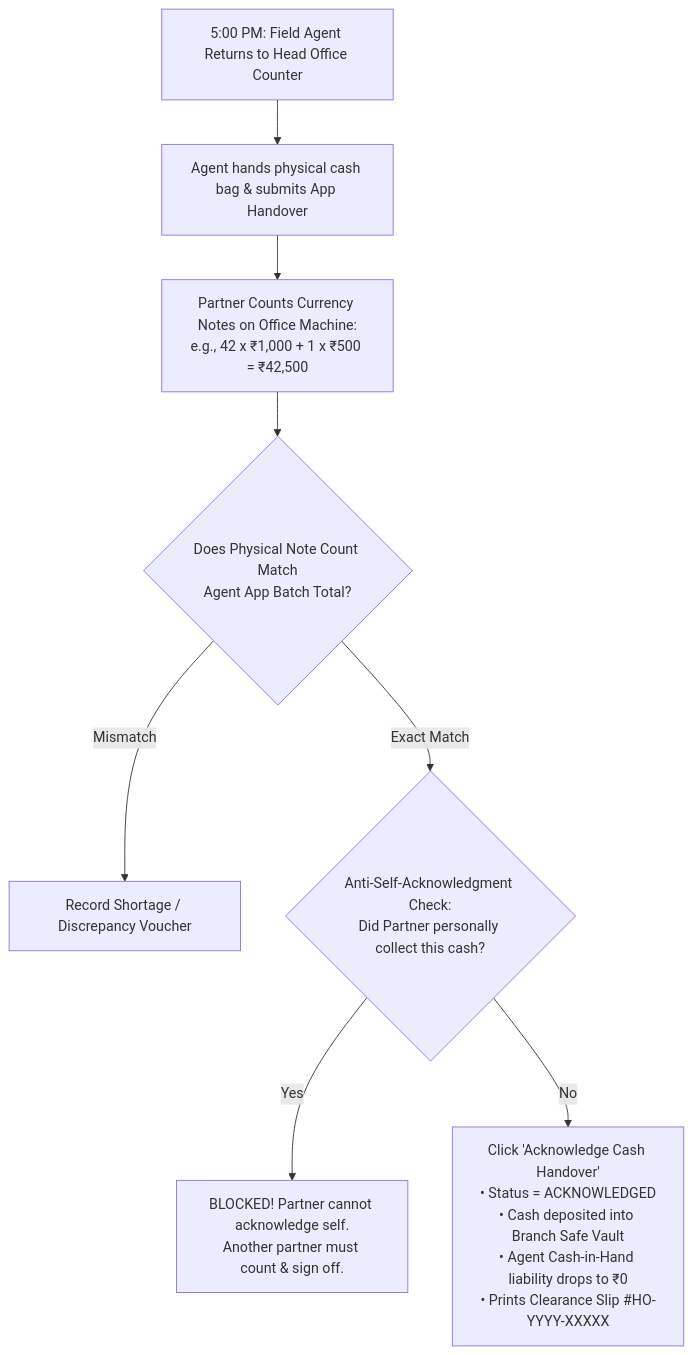
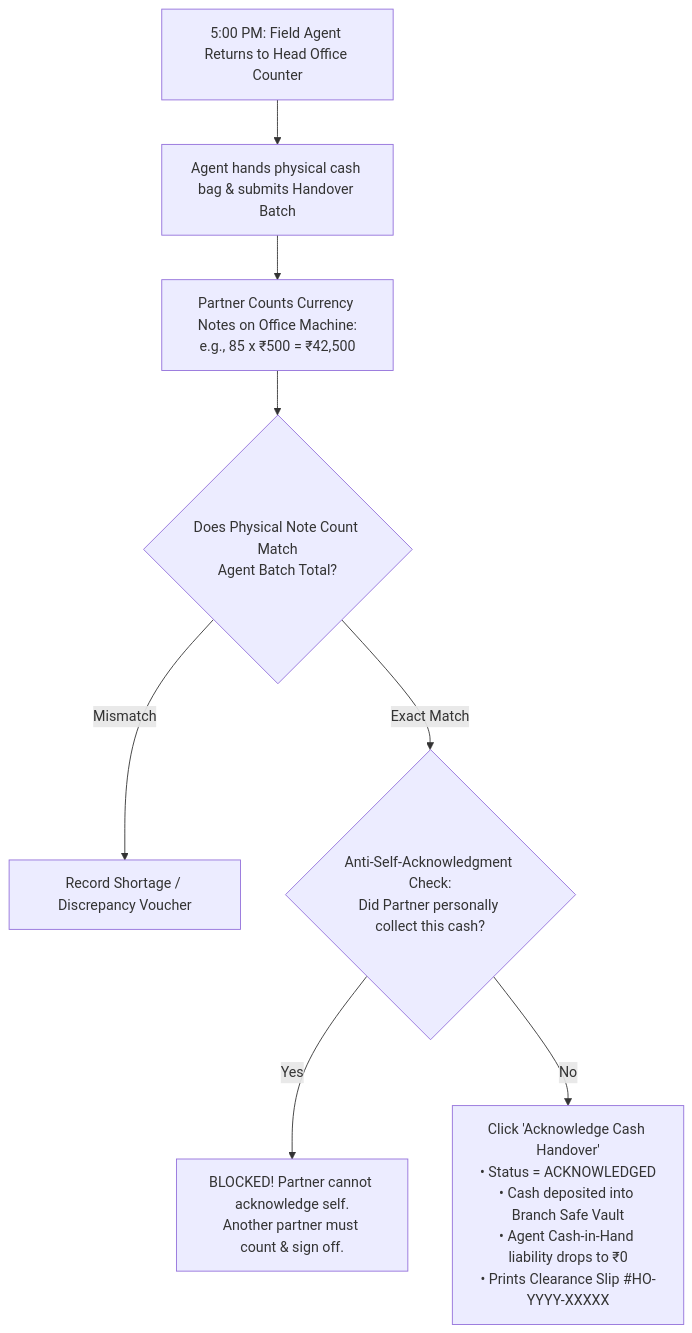
The eighth of 15 diagrams in docs/07-operations/user-manuals/admin-foreman-manual.md (Kathir-24/Kumaran-finance), drawn with Mermaid before and after one commit. The commit also changed other lines of this file and 4 other files, not shown here.

````diff
--- a/docs/07-operations/user-manuals/admin-foreman-manual.md
+++ b/docs/07-operations/user-manuals/admin-foreman-manual.md
@@ -228,10 +229,10 @@
 ```mermaid
 flowchart TD
-    Return["5:00 PM: Field Agent Returns to Head Office Counter"] --> Hand["Agent hands physical cash bag & submits App Handover"]
-    Hand --> Count["Partner Counts Currency Notes on Office Machine:\ne.g., 42 x ₹1,000 + 1 x ₹500 = ₹42,500"]
-    Count --> Compare{"Does Physical Note Count Match\nAgent App Batch Total?"}
+    Return["5:00 PM: Field Agent Returns to Head Office Counter"] --> Hand["Agent hands physical cash bag & submits Handover Batch"]
+    Hand --> Count["Partner Counts Currency Notes on Office Machine:\ne.g., 85 x ₹500 = ₹42,500"]
+    Count --> Compare{"Does Physical Note Count Match\nAgent Batch Total?"}
     Compare -- "Mismatch" --> Shortage["Record Shortage / Discrepancy Voucher"]
     Compare -- "Exact Match" --> SelfGuard{"Anti-Self-Acknowledgment Check:\nDid Partner personally collect this cash?"}
     SelfGuard -- "Yes" --> Block["BLOCKED! Partner cannot acknowledge self.\nAnother partner must count & sign off."]
     SelfGuard -- "No" --> Acknowledge["Click 'Acknowledge Cash Handover'\n• Status = ACKNOWLEDGED\n• Cash deposited into Branch Safe Vault\n• Agent Cash-in-Hand liability drops to ₹0\n• Prints Clearance Slip #HO-YYYY-XXXXX"]
 ```
````
